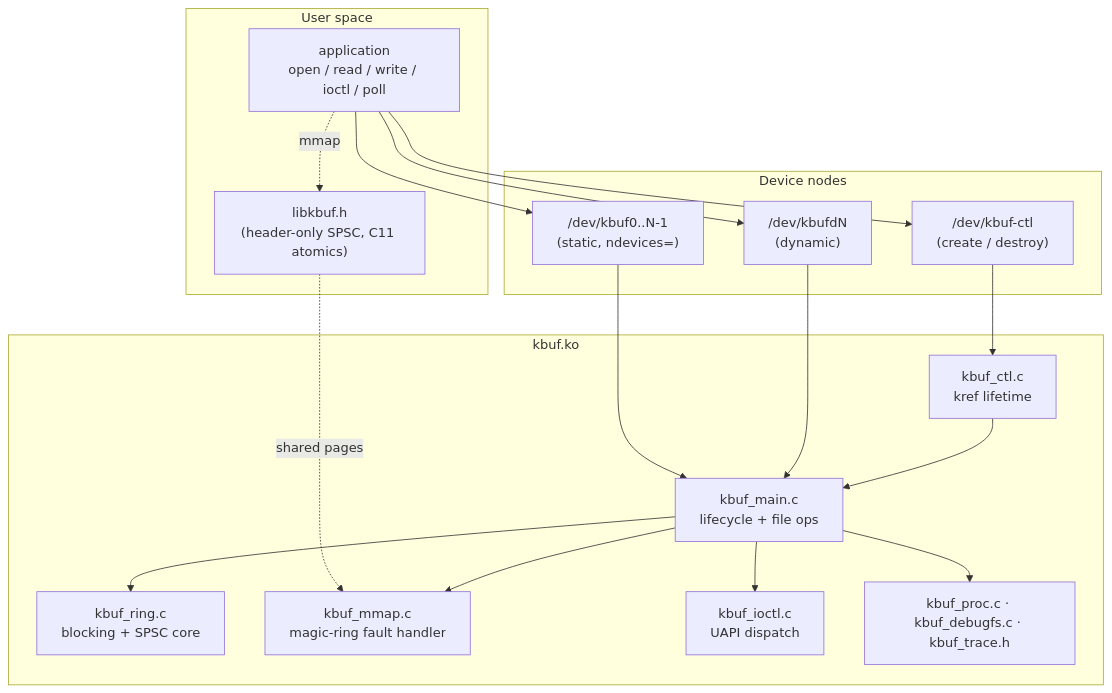
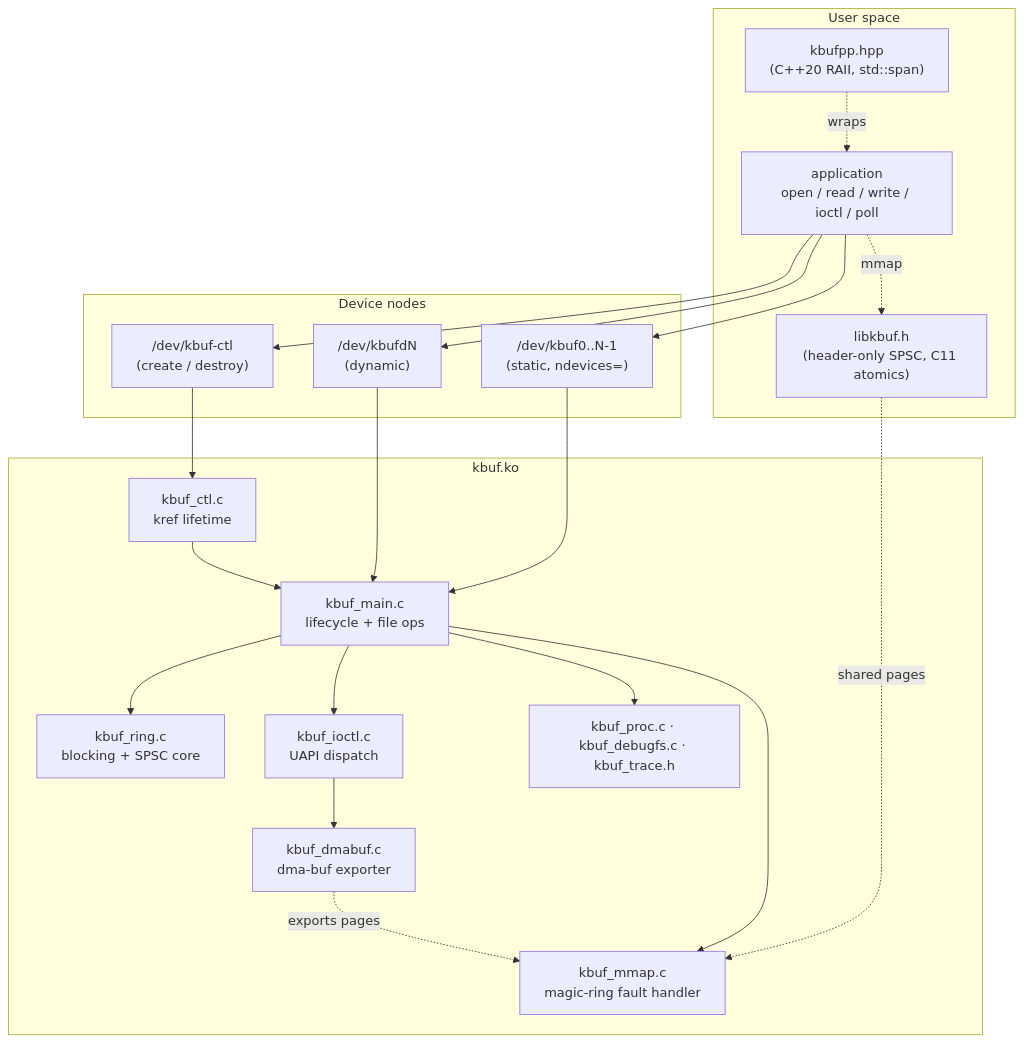
The first of 3 diagrams in README.md (goanarbolkong/kbuf-driver), drawn with Mermaid before and after one commit. The commit also changed other lines of this file and 20 other files, not shown here.

````diff
--- a/README.md
+++ b/README.md
@@ -63,32 +73,37 @@
 ```mermaid
 flowchart TB
     subgraph user["User space"]
         app["application<br/>open / read / write / ioctl / poll"]
         lib["libkbuf.h<br/>(header-only SPSC, C11 atomics)"]
+        cpp["kbufpp.hpp<br/>(C++20 RAII, std::span)"]
     end
 
     subgraph dev["Device nodes"]
         n0["/dev/kbuf0..N-1<br/>(static, ndevices=)"]
         nd["/dev/kbufdN<br/>(dynamic)"]
         ctl["/dev/kbuf-ctl<br/>(create / destroy)"]
     end
 
     subgraph mod["kbuf.ko"]
         main["kbuf_main.c<br/>lifecycle + file ops"]
         ring["kbuf_ring.c<br/>blocking + SPSC core"]
         mmap["kbuf_mmap.c<br/>magic-ring fault handler"]
         ioctl["kbuf_ioctl.c<br/>UAPI dispatch"]
         ctlc["kbuf_ctl.c<br/>kref lifetime"]
+        dbuf["kbuf_dmabuf.c<br/>dma-buf exporter"]
         obs["kbuf_proc.c · kbuf_debugfs.c · kbuf_trace.h"]
     end
 
     app --> n0 & nd
+    cpp -. wraps .-> app
     app -. mmap .-> lib
     lib -. shared pages .-> mmap
     app --> ctl
     n0 & nd --> main
     ctl --> ctlc
     main --> ring & mmap & ioctl
+    ioctl --> dbuf
+    dbuf -. exports pages .-> mmap
     ctlc --> main
     main --> obs
 ```
````
